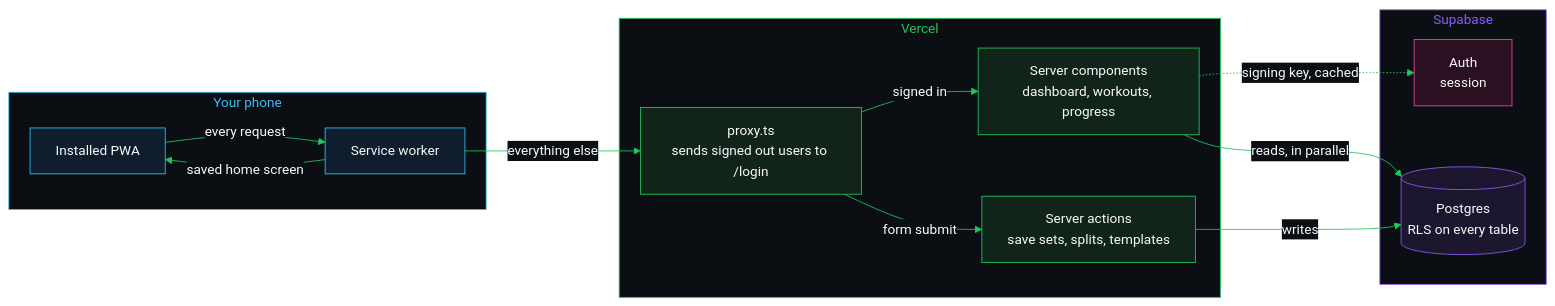
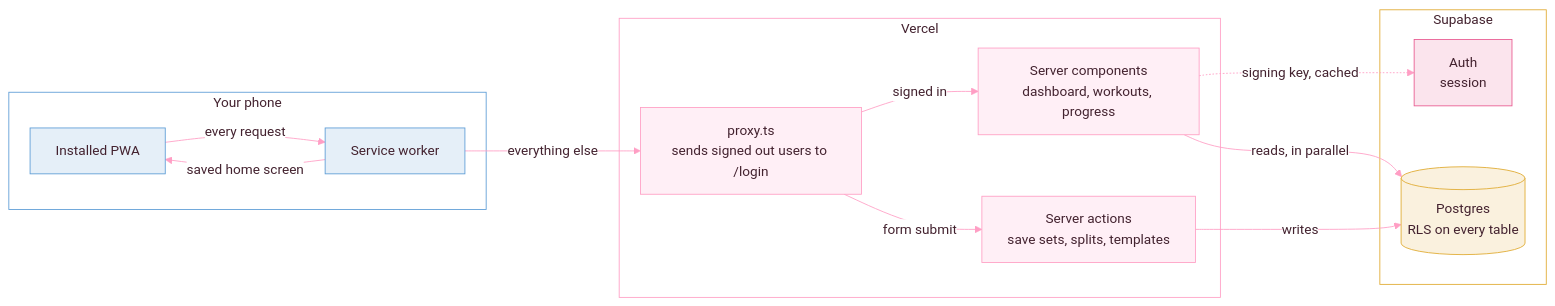
Before and after one commit to divyanshjoshii/workout-tracker: the diagram in README.md, drawn with Mermaid. The commit also changed other lines of this file and 4 other files, not shown here.

First line of the commit message:
docs: recolour diagrams and badges to the pink theme

````diff
--- a/README.md
+++ b/README.md
@@ -39,39 +39,39 @@
 ```mermaid
-%%{init: {"theme": "base", "themeVariables": {"background": "#0B0F14", "primaryColor": "#151A21", "primaryTextColor": "#F8FAFC", "primaryBorderColor": "#22C55E", "lineColor": "#22C55E", "secondaryColor": "#1E293B", "tertiaryColor": "#0B0F14", "textColor": "#F8FAFC", "edgeLabelBackground": "#0B0F14", "clusterBkg": "#0B0F14", "clusterBorder": "#1E293B", "titleColor": "#F8FAFC"}}}%%
-%% palette 219897bf
+%%{init: {"theme":"base","themeVariables":{"background":"#FFFFFF","primaryColor":"#FFFFFF","primaryTextColor":"#43222F","primaryBorderColor":"#FF9EC4","lineColor":"#FF9EC4","secondaryColor":"#FFF3F8","tertiaryColor":"#FFFFFF","textColor":"#43222F","edgeLabelBackground":"#FFFFFF","clusterBkg":"#FFFFFF","clusterBorder":"#D9D3D5","titleColor":"#43222F","rowOdd":"#FFFFFF","rowEven":"#F4F2F3","attributeBackgroundColorOdd":"#FFFFFF","attributeBackgroundColorEven":"#F4F2F3","actorBkg":"#FFFFFF","actorBorder":"#FF9EC4","actorTextColor":"#43222F","actorLineColor":"#AA9CA1","signalColor":"#FF9EC4","signalTextColor":"#43222F","labelBoxBkgColor":"#FFFFFF","labelBoxBorderColor":"#FF9EC4","labelTextColor":"#43222F","loopTextColor":"#43222F","noteBkgColor":"#FFF0F6","noteTextColor":"#43222F","noteBorderColor":"#FF9EC4","activationBkgColor":"#FF9EC4","activationBorderColor":"#FF9EC4"}}}%%
+%% palette 24b50cd8
 flowchart LR
     subgraph device ["Your phone"]
         PWA["Installed PWA"]
         SW["Service worker"]
     end
     subgraph vercel ["Vercel"]
         Proxy["proxy.ts<br/>sends signed out users to /login"]
         Pages["Server components<br/>dashboard, workouts, progress"]
         Actions["Server actions<br/>save sets, splits, templates"]
     end
     subgraph supa ["Supabase"]
         Auth["Auth<br/>session"]
         DB[("Postgres<br/>RLS on every table")]
     end
 
     PWA -->|every request| SW
     SW -->|saved home screen| PWA
     SW -->|everything else| Proxy
     Proxy -->|signed in| Pages
     Proxy -->|form submit| Actions
     Pages -.->|signing key, cached| Auth
     Pages -->|reads, in parallel| DB
     Actions -->|writes| DB
 
-    classDef phone fill:#0E1E2C,stroke:#38BDF8,color:#F8FAFC
-    classDef server fill:#10241A,stroke:#22C55E,color:#F8FAFC
-    classDef auth fill:#2A1020,stroke:#EC4899,color:#F8FAFC
-    classDef db fill:#1C162E,stroke:#8B5CF6,color:#F8FAFC
+    classDef phone fill:#E5EFF8,stroke:#5B9BD5,color:#43222F
+    classDef server fill:#FFEFF6,stroke:#FF9EC4,color:#43222F
+    classDef auth fill:#FBE4ED,stroke:#E8588F,color:#43222F
+    classDef db fill:#FAF1DE,stroke:#E0A92E,color:#43222F
     class PWA,SW phone
     class Proxy,Pages,Actions server
     class Auth auth
     class DB db
-    style device fill:#0B0F14,stroke:#38BDF8,color:#38BDF8
-    style vercel fill:#0B0F14,stroke:#22C55E,color:#22C55E
-    style supa fill:#0B0F14,stroke:#8B5CF6,color:#8B5CF6
+    style device fill:#FFFFFF,stroke:#5B9BD5,color:#43222F
+    style vercel fill:#FFFFFF,stroke:#FF9EC4,color:#43222F
+    style supa fill:#FFFFFF,stroke:#E0A92E,color:#43222F
 ```
````
